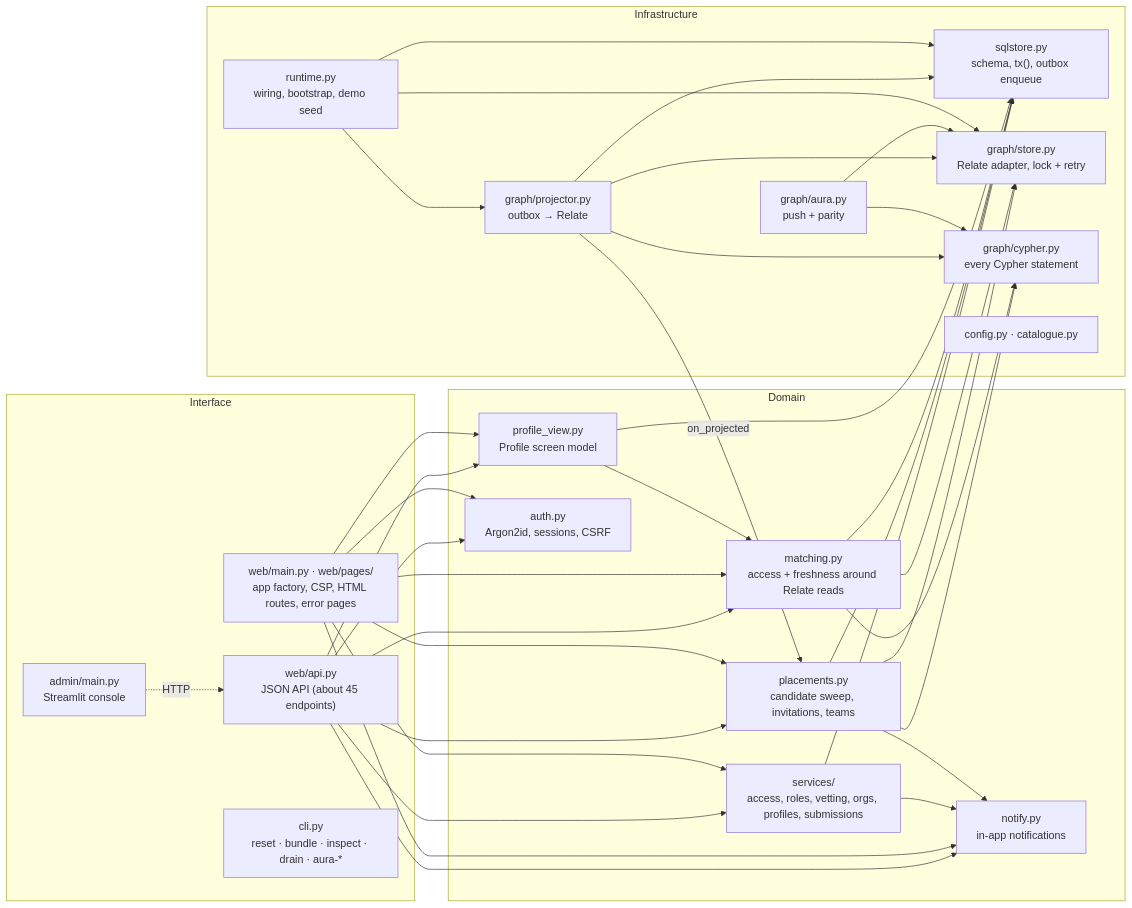
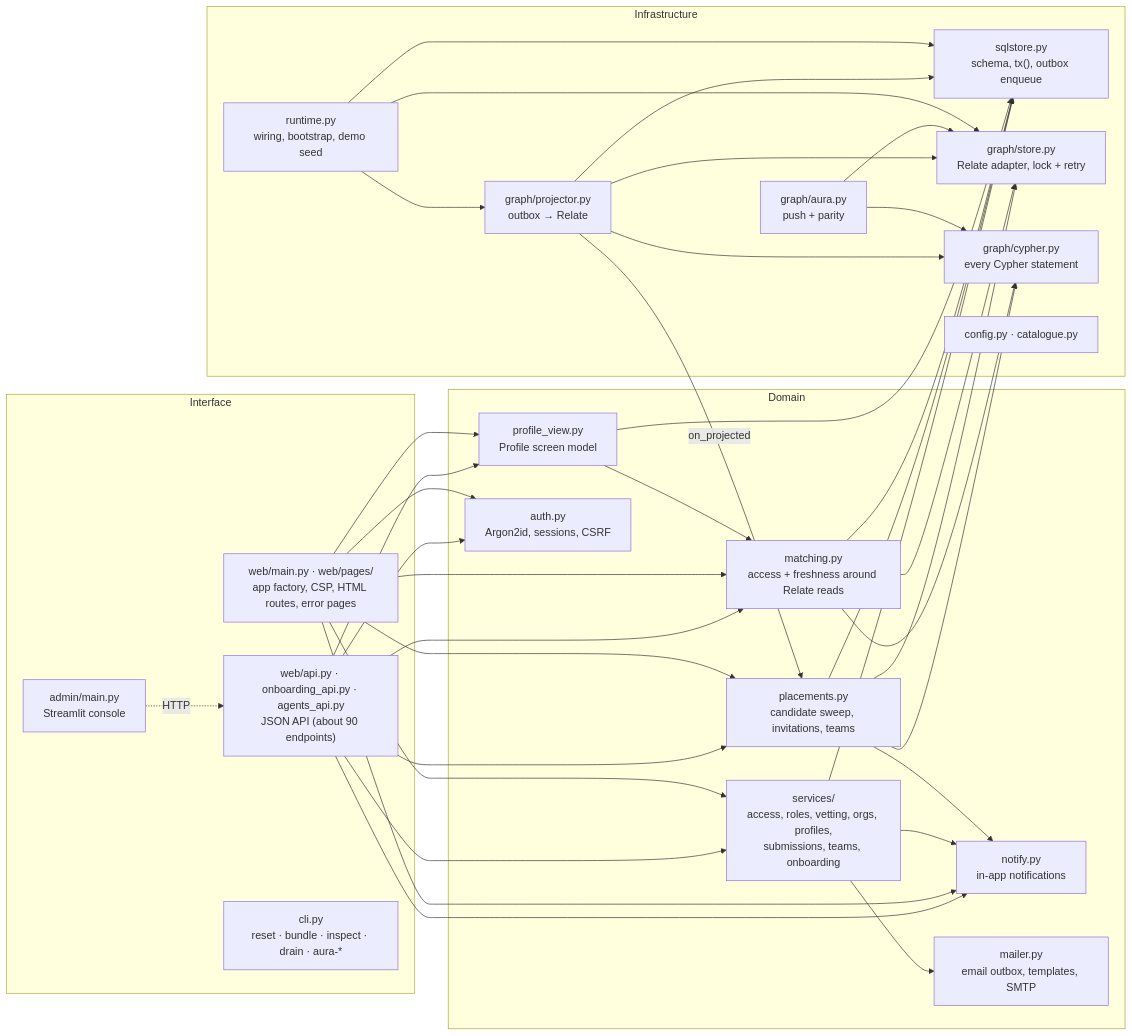
One commit to TheCyberScallywag/hackEntry changed the second of 13 diagrams in docs/content/project/solution-architecture.md. Above: the diagram before and after it, drawn with Mermaid. The commit also changed other lines of this file and 48 other files, not shown here.

````diff
--- a/docs/content/project/solution-architecture.md
+++ b/docs/content/project/solution-architecture.md
@@ -181,37 +186,38 @@
 ```mermaid
 flowchart LR
   subgraph Interface
-    api["web/api.py<br/>JSON API (about 45 endpoints)"]
+    api["web/api.py · onboarding_api.py · agents_api.py<br/>JSON API (about 90 endpoints)"]
     main["web/main.py · web/pages/<br/>app factory, CSP, HTML routes, error pages"]
     admin["admin/main.py<br/>Streamlit console"]
     cli["cli.py<br/>reset · bundle · inspect · drain · aura-*"]
   end
   subgraph Domain
-    services["services/<br/>access, roles, vetting, orgs, profiles, submissions"]
+    services["services/<br/>access, roles, vetting, orgs, profiles,<br/>submissions, teams, onboarding"]
     placements["placements.py<br/>candidate sweep, invitations, teams"]
     matching["matching.py<br/>access + freshness around Relate reads"]
     profile["profile_view.py<br/>Profile screen model"]
     notify["notify.py<br/>in-app notifications"]
+    mailer["mailer.py<br/>email outbox, templates, SMTP"]
     auth["auth.py<br/>Argon2id, sessions, CSRF"]
   end
   subgraph Infrastructure
     sqlstore["sqlstore.py<br/>schema, tx(), outbox enqueue"]
     store["graph/store.py<br/>Relate adapter, lock + retry"]
     cypher["graph/cypher.py<br/>every Cypher statement"]
     projector["graph/projector.py<br/>outbox → Relate"]
     aura["graph/aura.py<br/>push + parity"]
     runtime["runtime.py<br/>wiring, bootstrap, demo seed"]
     config["config.py · catalogue.py"]
   end
   api --> services & placements & matching & profile & notify & auth
   main --> services & placements & matching & profile & notify & auth
   admin -. HTTP .-> api
-  services --> sqlstore & notify
+  services --> sqlstore & notify & mailer
   placements --> sqlstore & store & cypher & notify
   matching --> sqlstore & store & cypher
   profile --> sqlstore & matching
   projector --> sqlstore & store & cypher
   projector -- on_projected --> placements
   aura --> store & cypher
   runtime --> sqlstore & store & projector
 ```
````
